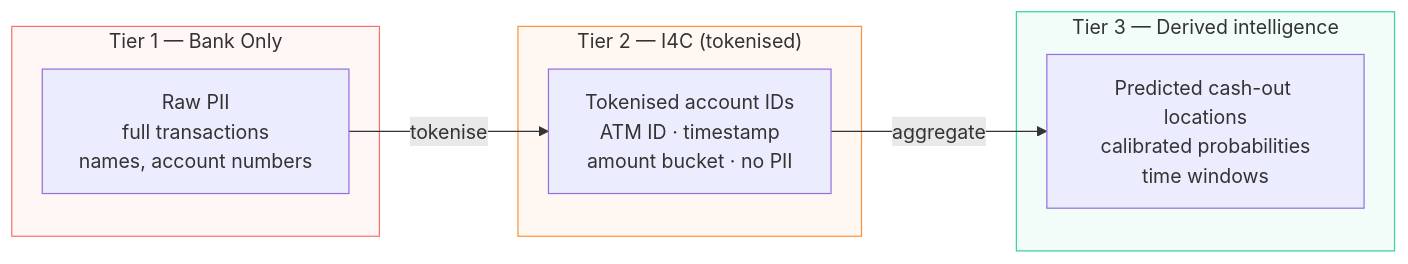
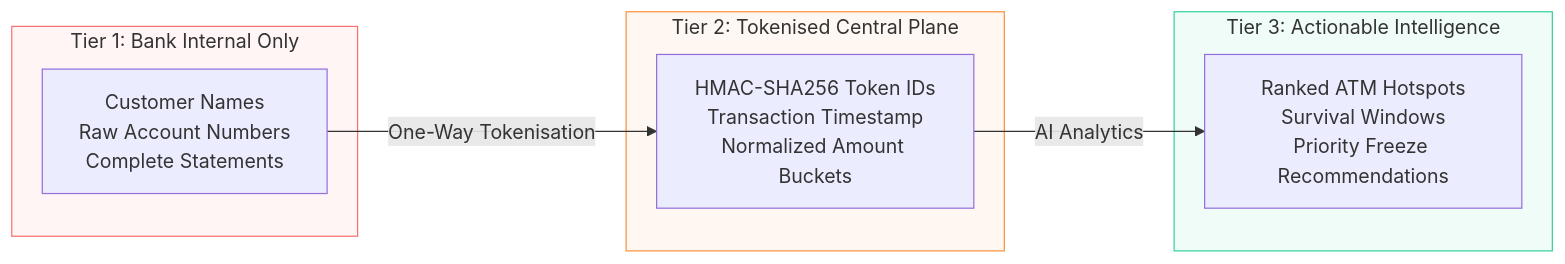
Before and after one commit to Pranav-Pardeshii/Ovi-V3: the sixth of 7 diagrams in README.md, drawn with Mermaid. The commit also changed other lines of this file, not shown here.

````diff
--- a/README.md
+++ b/README.md
@@ -305,17 +285,17 @@
 ```mermaid
 flowchart LR
-    subgraph T1["Tier 1 — Bank Only"]
-        A["Raw PII<br/>full transactions<br/>names, account numbers"]
+    subgraph T1["Tier 1: Bank Internal Only"]
+        A["Customer Names<br/>Raw Account Numbers<br/>Complete Statements"]
     end
-    subgraph T2["Tier 2 — I4C (tokenised)"]
-        B["Tokenised account IDs<br/>ATM ID · timestamp<br/>amount bucket · no PII"]
+    subgraph T2["Tier 2: Tokenised Central Plane"]
+        B["HMAC-SHA256 Token IDs<br/>Transaction Timestamp<br/>Normalized Amount Buckets"]
     end
-    subgraph T3["Tier 3 — Derived intelligence"]
-        C["Predicted cash-out locations<br/>calibrated probabilities<br/>time windows"]
+    subgraph T3["Tier 3: Actionable Intelligence"]
+        C["Ranked ATM Hotspots<br/>Survival Windows<br/>Priority Freeze Recommendations"]
     end
-    A -->|tokenise| B
-    B -->|aggregate| C
-    style T1 fill:#F8717110,stroke:#F87171
-    style T2 fill:#FB923C10,stroke:#FB923C
-    style T3 fill:#34D39910,stroke:#34D399
+    A -->|One-Way Tokenisation| B
+    B -->|AI Analytics| C
+    style T1 fill:#F8717112,stroke:#F87171
+    style T2 fill:#FB923C12,stroke:#FB923C
+    style T3 fill:#34D39912,stroke:#34D399
 ```
````
